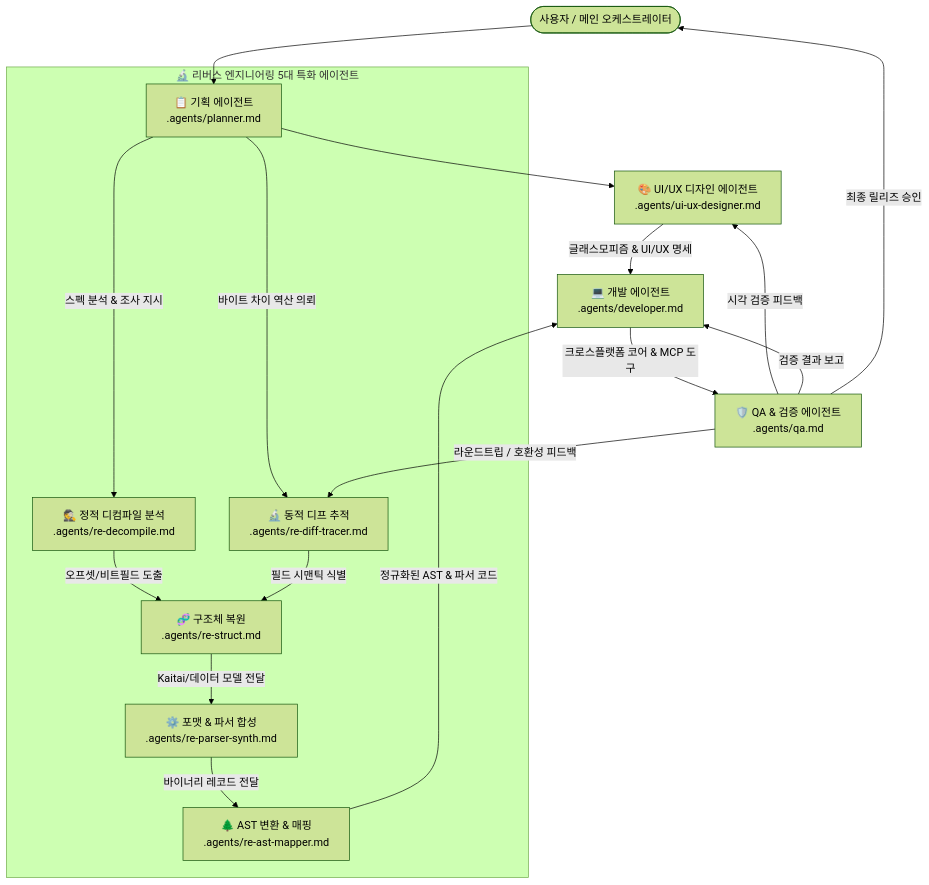
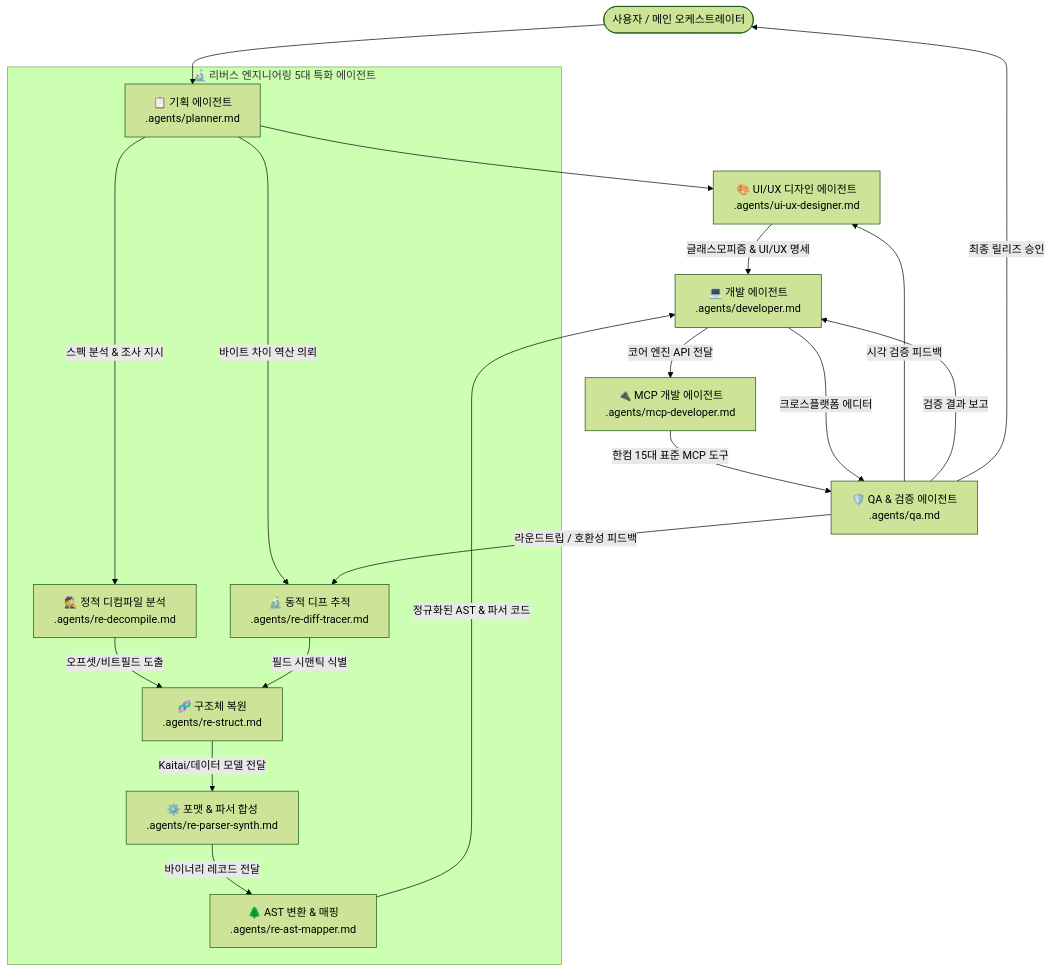
Before and after one commit to iamywl/hanul-hwpx: the diagram in AGENTS.md, drawn with Mermaid (forest theme). The commit also changed other lines of this file and 3 other files, not shown here.

Commit message:
feat(mcp): add MCP Developer Agent and implement 15 comprehensive Hanul MCP tools

````diff
--- a/AGENTS.md
+++ b/AGENTS.md
@@ -14,22 +14,24 @@
 ```mermaid
 flowchart TD
     User([사용자 / 메인 오케스트레이터]) --> Planner[📋 기획 에이전트\n.agents/planner.md]
     Planner --> Designer[🎨 UI/UX 디자인 에이전트\n.agents/ui-ux-designer.md]
     
     subgraph RE_Pipeline [🔬 리버스 엔지니어링 5대 특화 에이전트]
         Planner -->|스펙 분석 & 조사 지시| RE_Decompile[🕵️ 정적 디컴파일 분석\n.agents/re-decompile.md]
         Planner -->|바이트 차이 역산 의뢰| RE_Diff[🔬 동적 디프 추적\n.agents/re-diff-tracer.md]
         RE_Decompile -->|오프셋/비트필드 도출| RE_Struct[🧬 구조체 복원\n.agents/re-struct.md]
         RE_Diff -->|필드 시맨틱 식별| RE_Struct
         RE_Struct -->|Kaitai/데이터 모델 전달| RE_Parser[⚙️ 포맷 & 파서 합성\n.agents/re-parser-synth.md]
         RE_Parser -->|바이너리 레코드 전달| RE_AST[🌲 AST 변환 & 매핑\n.agents/re-ast-mapper.md]
     end
     
     Designer -->|글래스모피즘 & UI/UX 명세| Developer[💻 개발 에이전트\n.agents/developer.md]
     RE_AST -->|정규화된 AST & 파서 코드| Developer
-    Developer -->|크로스플랫폼 코어 & MCP 도구| QA[🛡️ QA & 검증 에이전트\n.agents/qa.md]
+    Developer -->|코어 엔진 API 전달| MCP_Dev[🔌 MCP 개발 에이전트\n.agents/mcp-developer.md]
+    MCP_Dev -->|한컴 15대 표준 MCP 도구| QA[🛡️ QA & 검증 에이전트\n.agents/qa.md]
+    Developer -->|크로스플랫폼 에디터| QA
     QA -->|라운드트립 / 호환성 피드백| RE_Diff
     QA -->|시각 검증 피드백| Designer
     QA -->|검증 결과 보고| Developer
     QA -->|최종 릴리즈 승인| User
 ```
````
